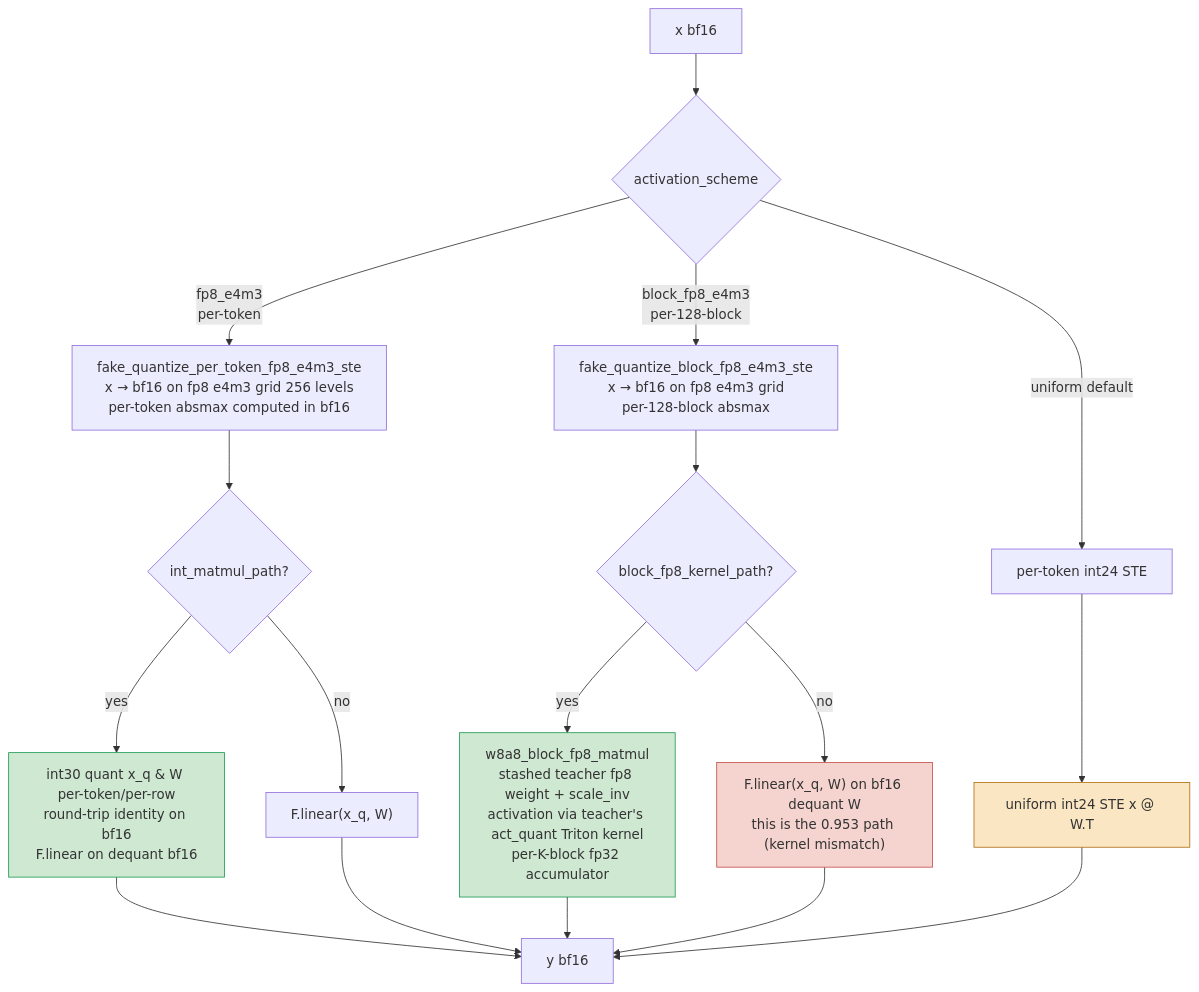
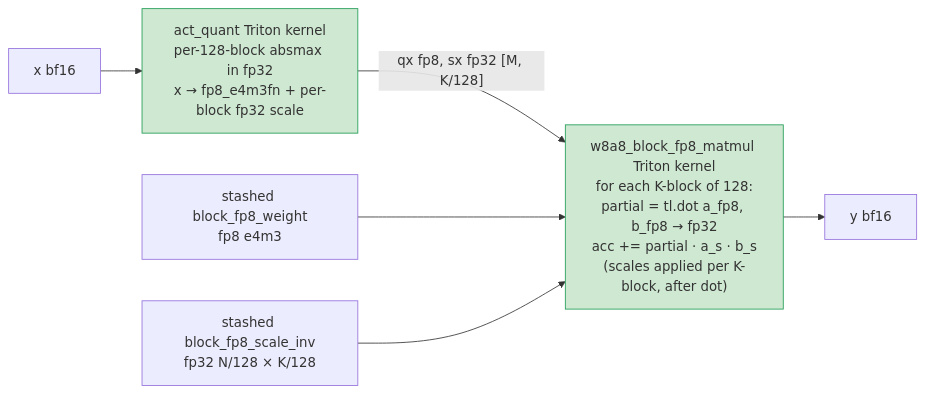
One commit to derpyplops/difr-expt changed the fifth of 5 diagrams in experiments/int-emulates-fp/reports/pipeline.md. Above: the diagram before and after it, drawn with Mermaid. The commit also changed other lines of this file, not shown here.

Commit message:
int-emulates-fp: rewrite pipeline diagrams — per-model, drop training

````diff
--- a/experiments/int-emulates-fp/reports/pipeline.md
+++ b/experiments/int-emulates-fp/reports/pipeline.md
@@ -76,29 +167,12 @@
 ```mermaid
-flowchart TB
-  X[x bf16] --> AS{activation_scheme}
+flowchart LR
+  x[x bf16] --> AQ["act_quant Triton kernel<br/>per-128-block absmax in fp32<br/>x → fp8_e4m3fn + per-block fp32 scale"]
+  AQ -- "qx fp8, sx fp32 [M, K/128]" --> KER
+  STW[stashed block_fp8_weight<br/>fp8 e4m3] --> KER
+  STS[stashed block_fp8_scale_inv<br/>fp32 N/128 × K/128] --> KER
+  KER["w8a8_block_fp8_matmul Triton kernel<br/>for each K-block of 128:<br/>partial = tl.dot a_fp8, b_fp8 → fp32<br/>acc += partial · a_s · b_s<br/>(scales applied per K-block, after dot)"]
+  KER --> y[y bf16]
 
-  AS -->|fp8_e4m3<br/>per-token| AQ1[fake_quantize_per_token_fp8_e4m3_ste<br/>x → bf16 on fp8 e4m3 grid 256 levels<br/>per-token absmax computed in bf16]
-  AS -->|block_fp8_e4m3<br/>per-128-block| AQ2[fake_quantize_block_fp8_e4m3_ste<br/>x → bf16 on fp8 e4m3 grid<br/>per-128-block absmax]
-  AS -->|uniform default| AQ3[per-token int24 STE]
-
-  AQ1 --> M1{int_matmul_path?}
-  M1 -->|yes| IM["int30 quant x_q & W per-token/per-row<br/>round-trip identity on bf16<br/>F.linear on dequant bf16"]
-  M1 -->|no| FL1["F.linear(x_q, W)"]
-
-  AQ2 --> M2{block_fp8_kernel_path?}
-  M2 -->|yes| BK["w8a8_block_fp8_matmul<br/>stashed teacher fp8 weight + scale_inv<br/>activation via teacher's act_quant Triton kernel<br/>per-K-block fp32 accumulator"]
-  M2 -->|no| FL2["F.linear(x_q, W) on bf16 dequant W<br/>this is the 0.953 path (kernel mismatch)"]
-
-  AQ3 --> STE[uniform int24 STE x @ W.T]
-
-  IM --> Y[y bf16]
-  FL1 --> Y
-  BK --> Y
-  FL2 --> Y
-  STE --> Y
-
-  style IM fill:#cfe8d2,stroke:#1f9b54
-  style BK fill:#cfe8d2,stroke:#1f9b54
-  style FL2 fill:#f5d4d0,stroke:#c4514a
-  style STE fill:#fbe6c4,stroke:#b07013
+  classDef path fill:#cfe8d2,stroke:#1f9b54
+  class AQ,KER path
 ```
````
